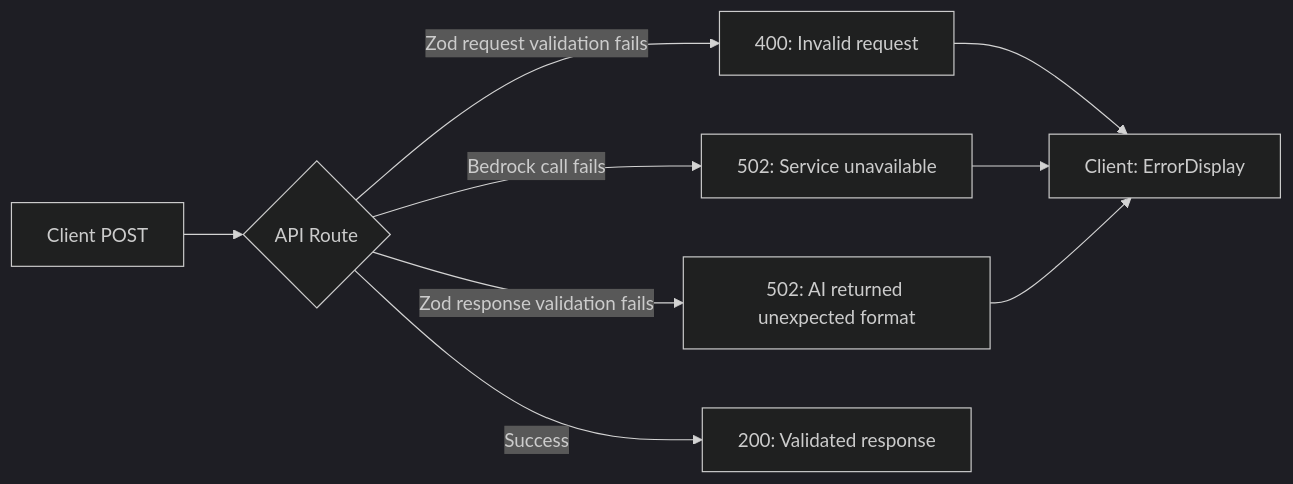
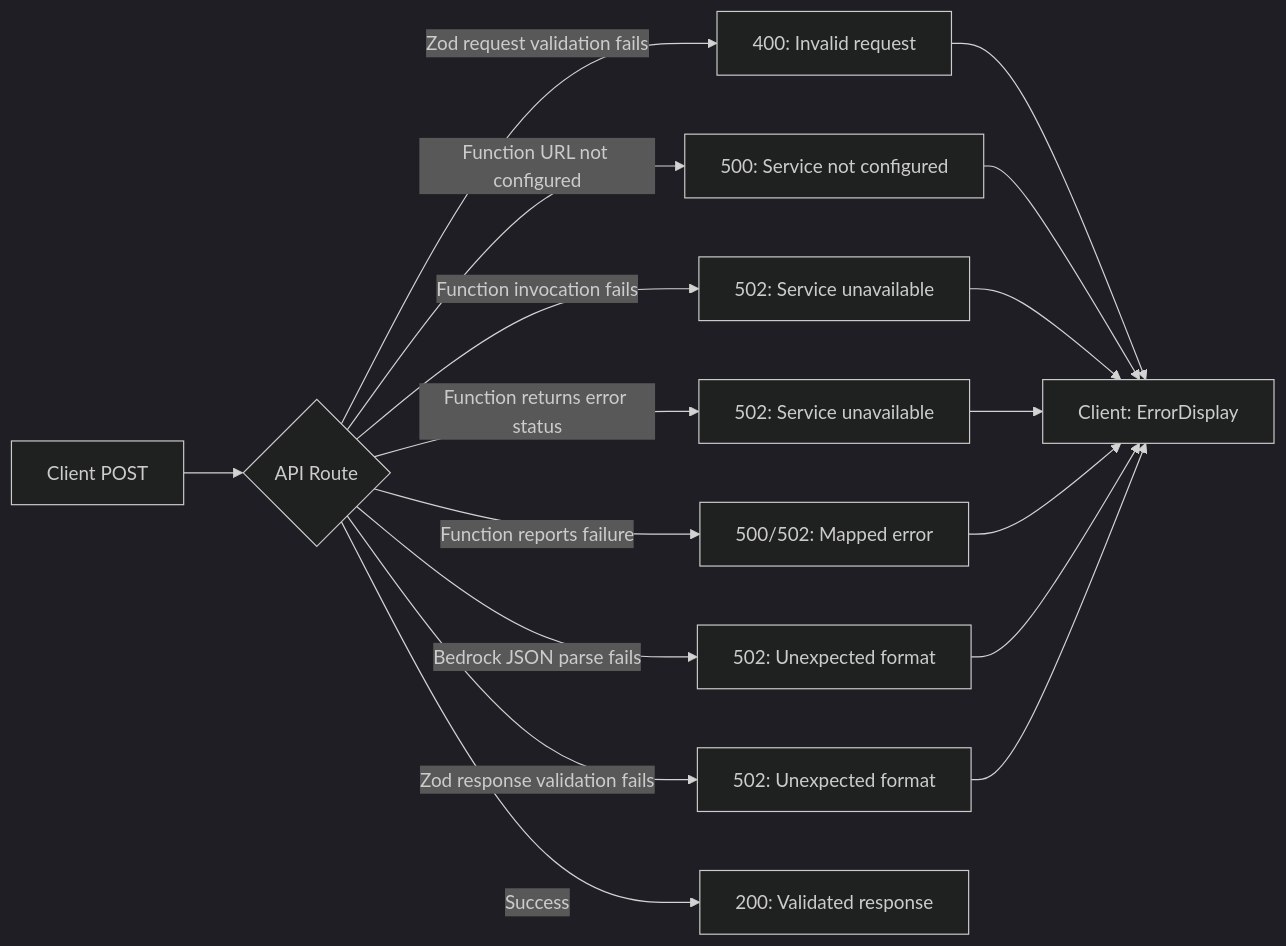
One commit to rondamstra/deadlineforge-ai changed the second of 2 diagrams in .kiro/specs/deadlineforge-ai/design.md. Above: the diagram before and after it, drawn with Mermaid (dark theme). The commit also changed other lines of this file and 3 other files, not shown here.

````diff
--- a/.kiro/specs/deadlineforge-ai/design.md
+++ b/.kiro/specs/deadlineforge-ai/design.md
@@ -325,11 +347,19 @@
 ```mermaid
 graph LR
     A[Client POST] --> B{API Route}
     B -->|Zod request validation fails| C[400: Invalid request]
-    B -->|Bedrock call fails| D[502: Service unavailable]
-    B -->|Zod response validation fails| E[502: AI returned unexpected format]
-    B -->|Success| F[200: Validated response]
-    C --> G[Client: ErrorDisplay]
-    D --> G
-    E --> G
+    B -->|Function URL not configured| D[500: Service not configured]
+    B -->|Function invocation fails| E[502: Service unavailable]
+    B -->|Function returns error status| F[502: Service unavailable]
+    B -->|Function reports failure| G[500/502: Mapped error]
+    B -->|Bedrock JSON parse fails| H[502: Unexpected format]
+    B -->|Zod response validation fails| I[502: Unexpected format]
+    B -->|Success| J[200: Validated response]
+    C --> K[Client: ErrorDisplay]
+    D --> K
+    E --> K
+    F --> K
+    G --> K
+    H --> K
+    I --> K
 ```
````
